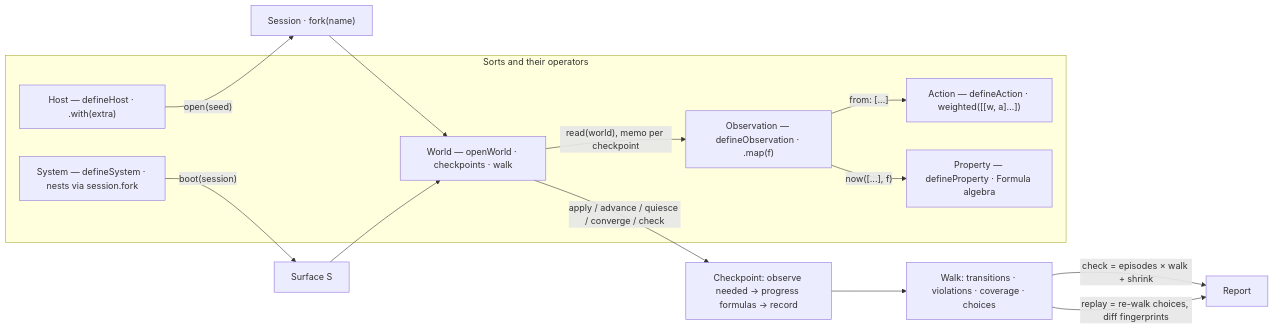
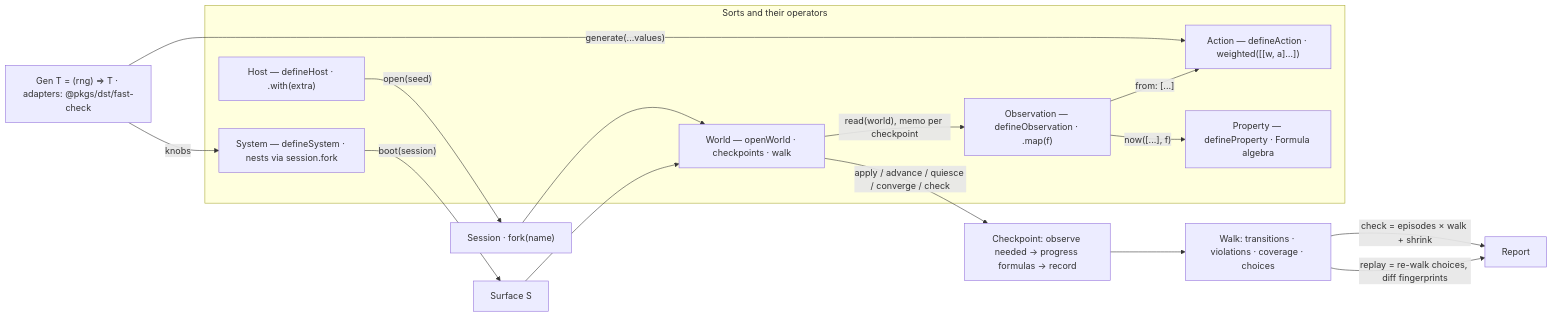
One commit to crvouga/gamezilla changed the diagram in .cursor/plans/dst_scenario_host_surface_69426d35.plan.md. Above: the diagram before and after it, drawn with Mermaid. The commit also changed other lines of this file and 5 other files, not shown here.

````diff
--- a/.cursor/plans/dst_scenario_host_surface_69426d35.plan.md
+++ b/.cursor/plans/dst_scenario_host_surface_69426d35.plan.md
@@ -78,22 +81,25 @@
 ```mermaid
 flowchart LR
   subgraph sorts [Sorts and their operators]
     Host["Host — defineHost · .with(extra)"]
     System["System — defineSystem · nests via session.fork"]
     Observation["Observation — defineObservation · .map(f)"]
     Action["Action — defineAction · weighted([[w, a]…])"]
     Property["Property — defineProperty · Formula algebra"]
     World["World — openWorld · checkpoints · walk"]
   end
+  Gen["Gen T = (rng) => T · adapters: @pkgs/dst/fast-check"]
   Host -->|"open(seed)"| Session["Session · fork(name)"]
   System -->|"boot(session)"| Surface["Surface S"]
+  Gen -->|"knobs"| System
+  Gen -->|"generate(...values)"| Action
   Session --> World
   Surface --> World
   World -->|"read(world), memo per checkpoint"| Observation
   Observation -->|"from: [...]"| Action
   Observation -->|"now([...], f)"| Property
   World -->|"apply / advance / quiesce / converge / check"| Checkpoint["Checkpoint: observe needed → progress formulas → record"]
   Checkpoint --> Walk["Walk: transitions · violations · coverage · choices"]
   Walk -->|"check = episodes × walk + shrink"| Report
   Walk -->|"replay = re-walk choices, diff fingerprints"| Report
 ```
````
